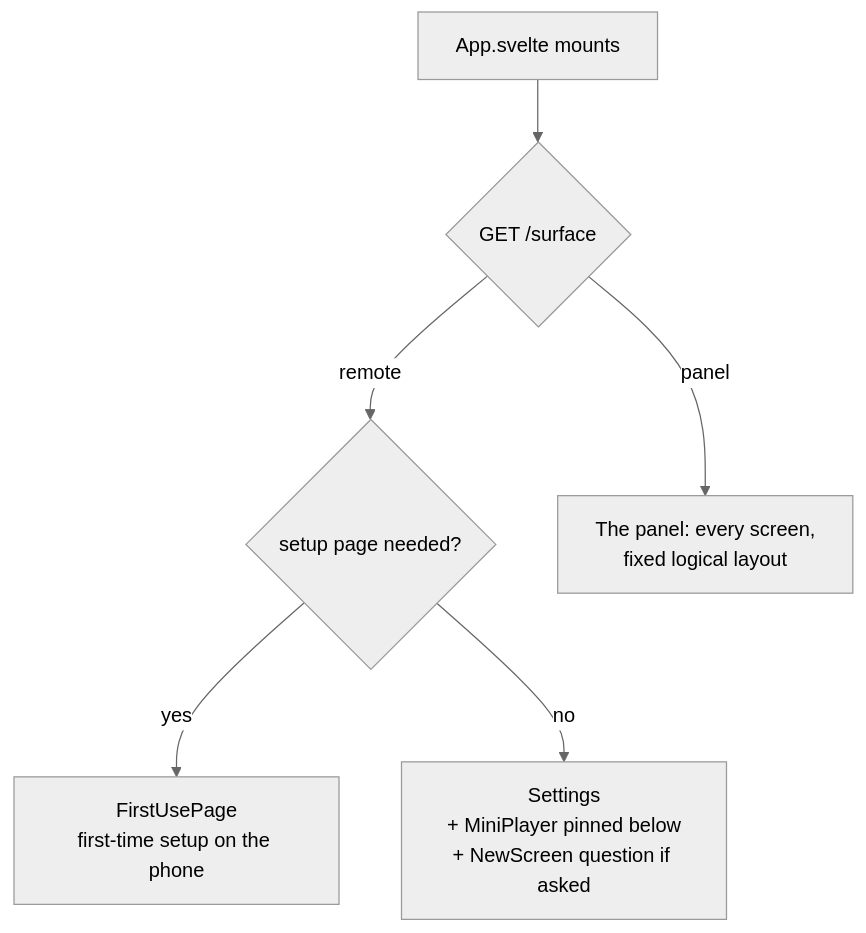
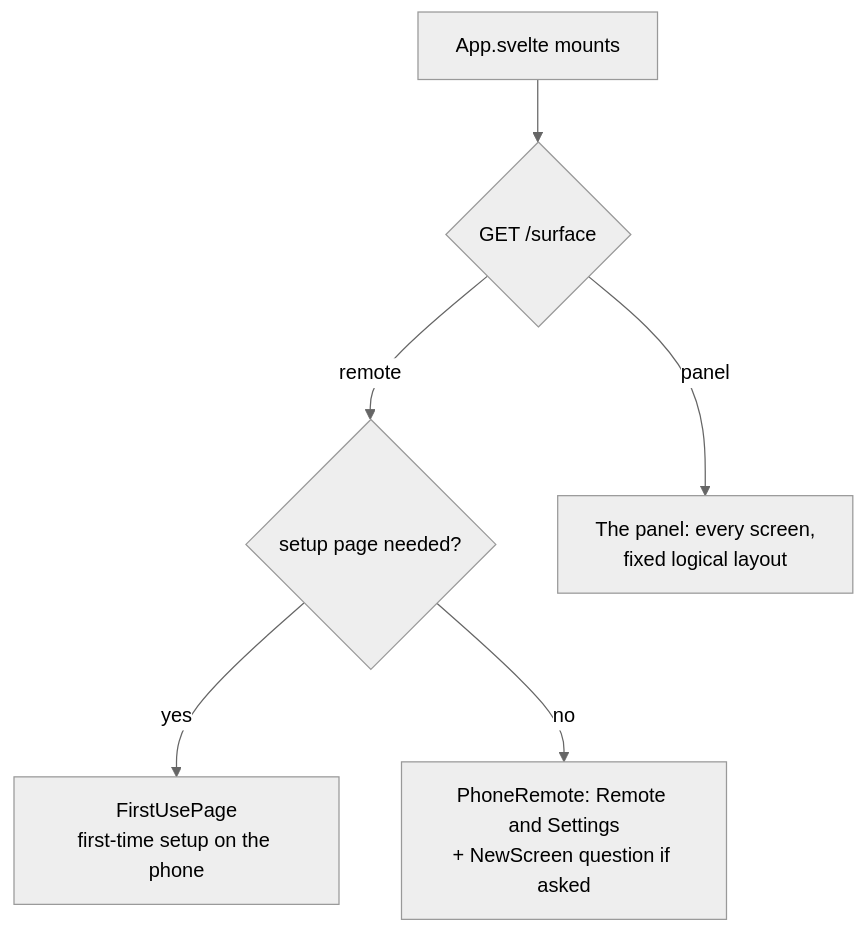
Before and after one commit to gcarstoiu/gexis-player: the second of 7 diagrams in docs/tech/ui.md, drawn with Mermaid (neutral theme). The commit also changed other lines of this file and 8 other files, not shown here.

Commit message:
Docs: the phone remote - FAQ, README, the technical guide, HARDWARE, the plugin contract's seek, the touchpad's new messages

````diff
--- a/docs/tech/ui.md
+++ b/docs/tech/ui.md
@@ -119,8 +119,8 @@
 ```mermaid
 flowchart TD
   A[App.svelte mounts] --> B{"GET /surface"}
   B -- remote --> C{setup page needed?}
   C -- yes --> D[FirstUsePage<br/>first-time setup on the phone]
-  C -- no --> E[Settings<br/>+ MiniPlayer pinned below<br/>+ NewScreen question if asked]
+  C -- no --> E[PhoneRemote: Remote and Settings<br/>+ NewScreen question if asked]
   B -- panel --> F[The panel: every screen,<br/>fixed logical layout]
 ```
````
